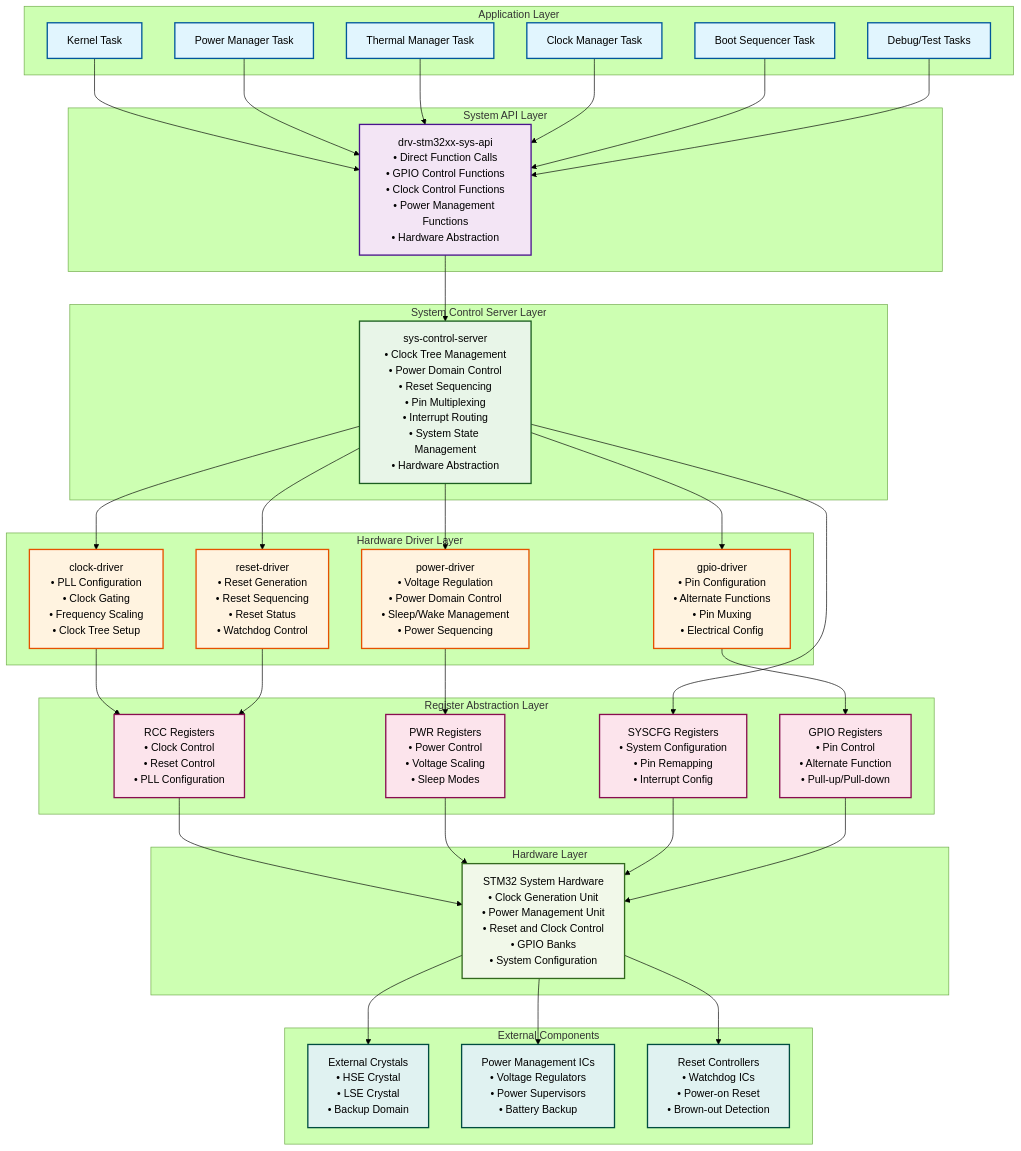
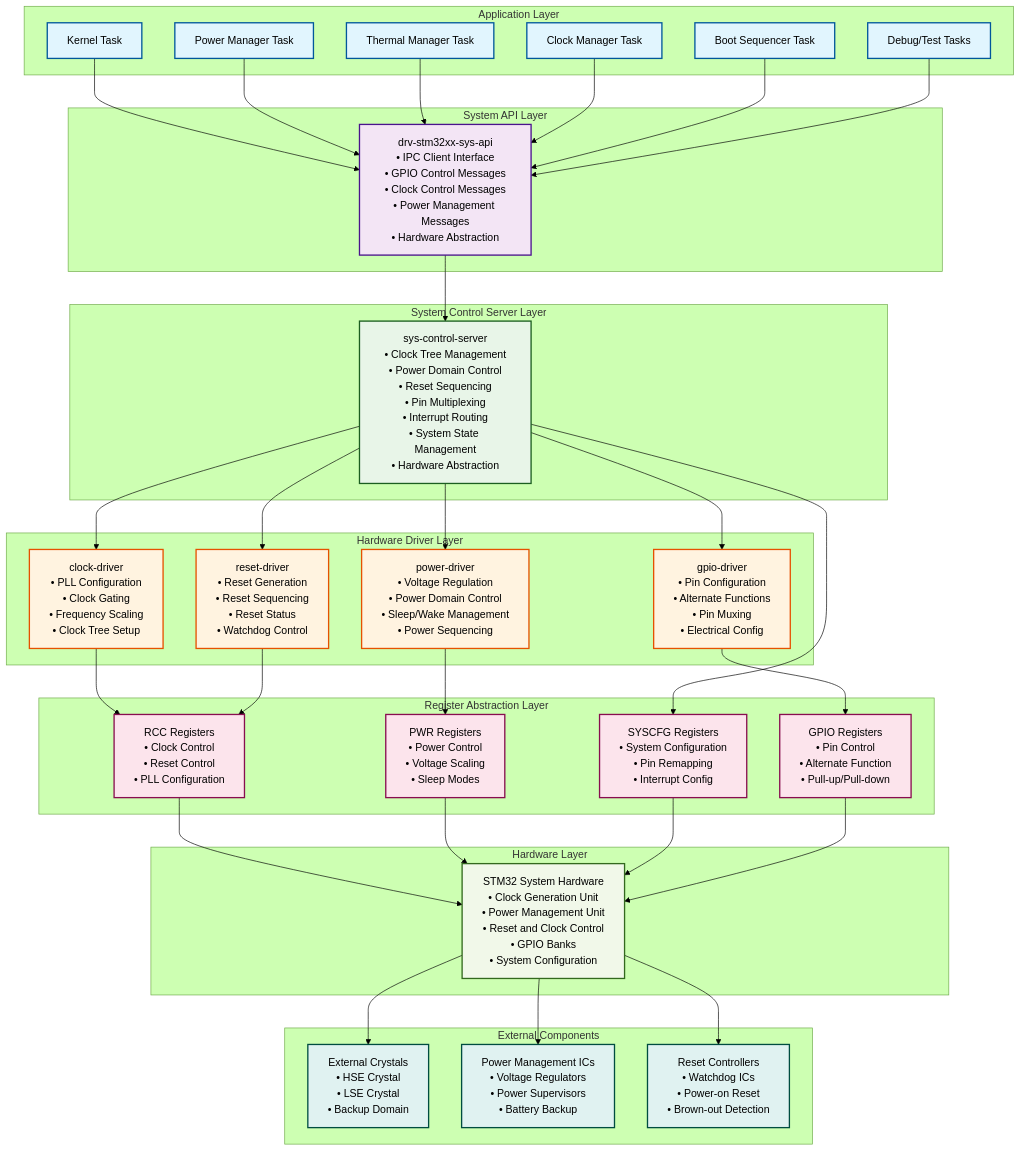
Before and after one commit to rusty1968/hubris-and-me: the first of 8 diagrams in system-control-driver.md, drawn with Mermaid (forest theme). The commit also changed other lines of this file, not shown here.

```diff
--- a/system-control-driver.md
+++ b/system-control-driver.md
@@ -23,7 +23,7 @@
     end
 
     subgraph "System API Layer"
-        SYSAPI[drv-stm32xx-sys-api<br/>• Direct Function Calls<br/>• GPIO Control Functions<br/>• Clock Control Functions<br/>• Power Management Functions<br/>• Hardware Abstraction]
+        SYSAPI[drv-stm32xx-sys-api<br/>• IPC Client Interface<br/>• GPIO Control Messages<br/>• Clock Control Messages<br/>• Power Management Messages<br/>• Hardware Abstraction]
     end
 
     subgraph "System Control Server Layer"
```
